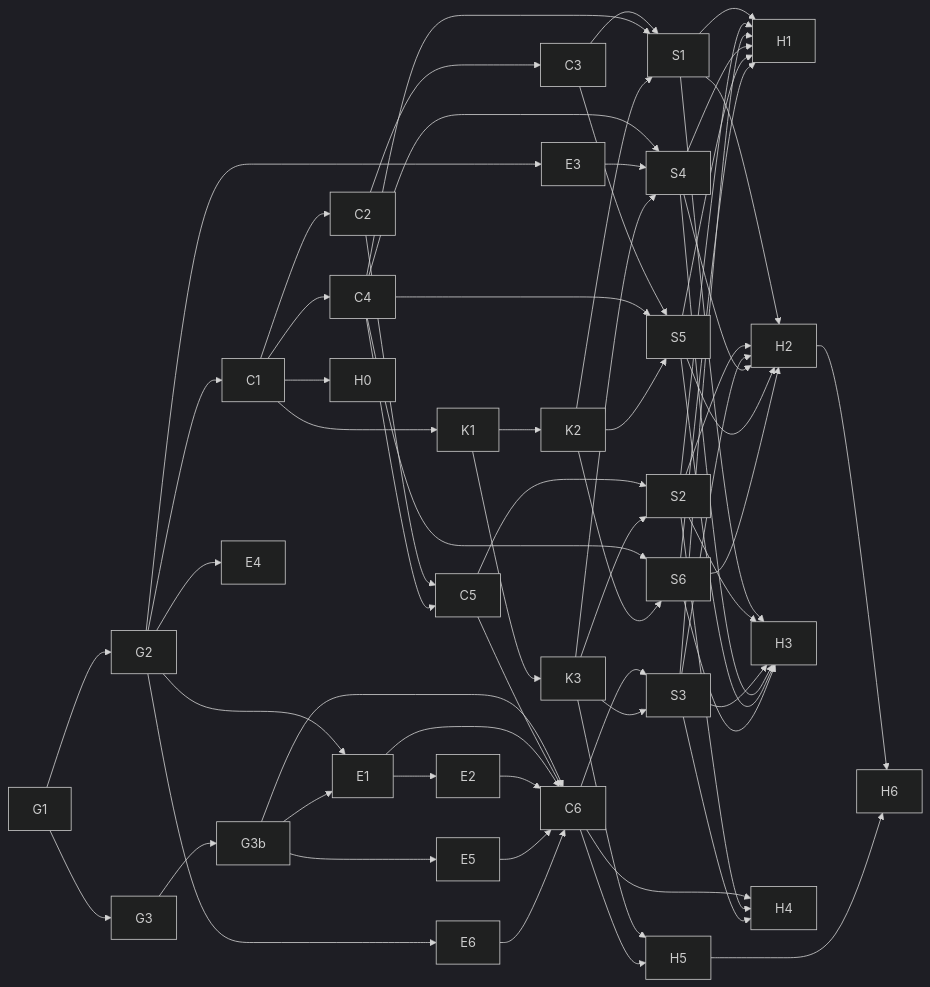
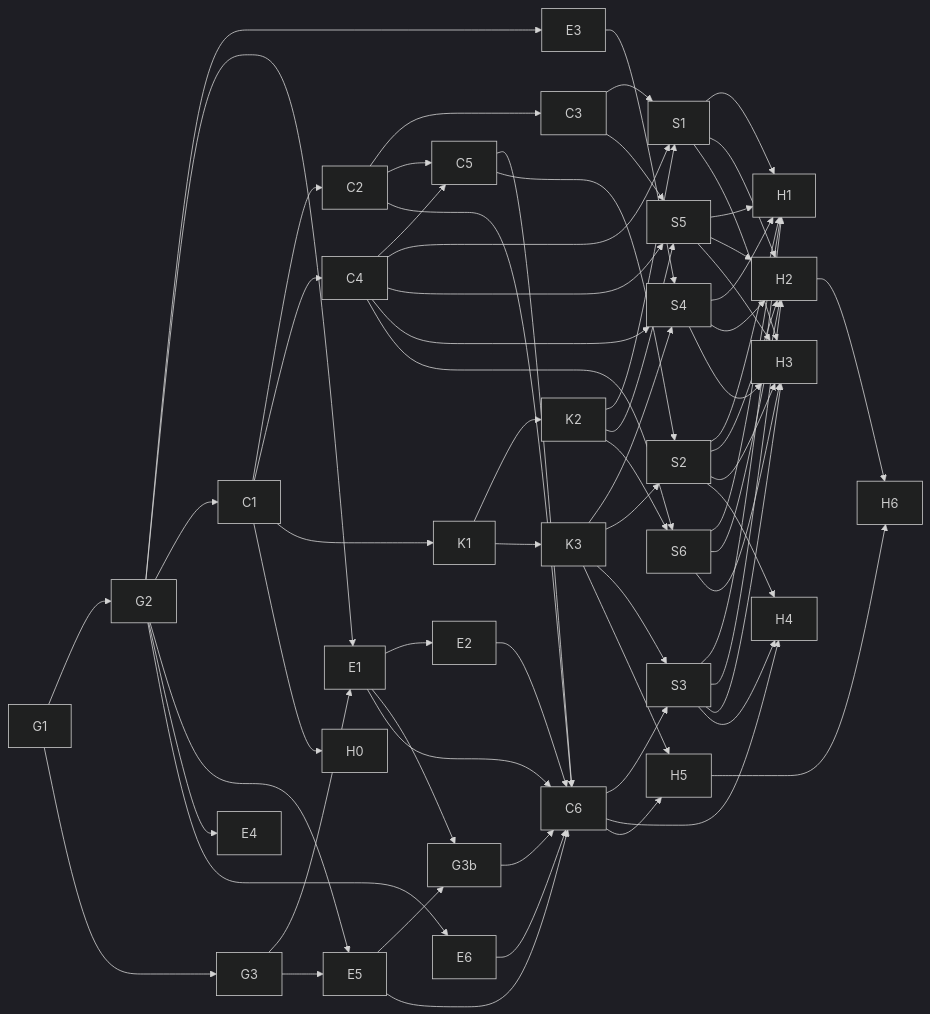
One commit to thisizmsk-png/vajra changed the diagram in docs/desktop/spec/tasks.md. Above: the diagram before and after it, drawn with Mermaid (dark theme). The commit also changed other lines of this file and 1 other file, not shown here.

Commit message:
docs(desktop): G3b is a validation gate after E1 and E5, before C6; table and graph agree, no cycle (review thread on tasks.md:40)

````diff
--- a/docs/desktop/spec/tasks.md
+++ b/docs/desktop/spec/tasks.md
@@ -116,24 +116,23 @@
 ```mermaid
 graph LR
   G1 --> G2 --> E3 & E1 & C1
-  G1 --> G3 --> G3b --> E1 --> E2
-  G3b --> C6
+  G1 --> G3 --> E1 --> E2
+  G2 & G3 --> E5
+  E1 & E5 --> G3b --> C6
   C1 --> C2 & C4 & K1
   C2 --> C3
   C2 & C4 --> C5
-  C5 & E1 & E2 & E5 --> C6
-  G3b --> E5
+  C2 & C5 & E1 & E2 & E5 & E6 --> C6
   G2 --> E4 & E6
-  E6 --> C6
   C1 --> H0
   K1 --> K2 & K3
   C3 & C4 & K2 --> S1 & S5
   C4 & E3 & K3 --> S4
   C4 & K2 --> S6
   C5 & K3 --> S2
   C6 & K3 --> S3
   S1 & S2 & S3 & S4 & S5 & S6 --> H1 & H2 & H3
   C6 & S2 & S3 --> H4
   K3 & C6 --> H5
   H2 & H5 --> H6
 ```
````
